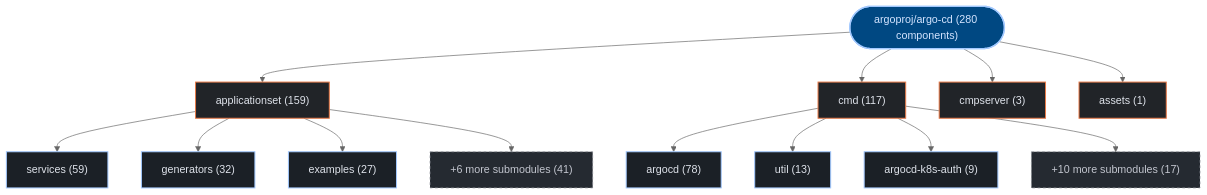
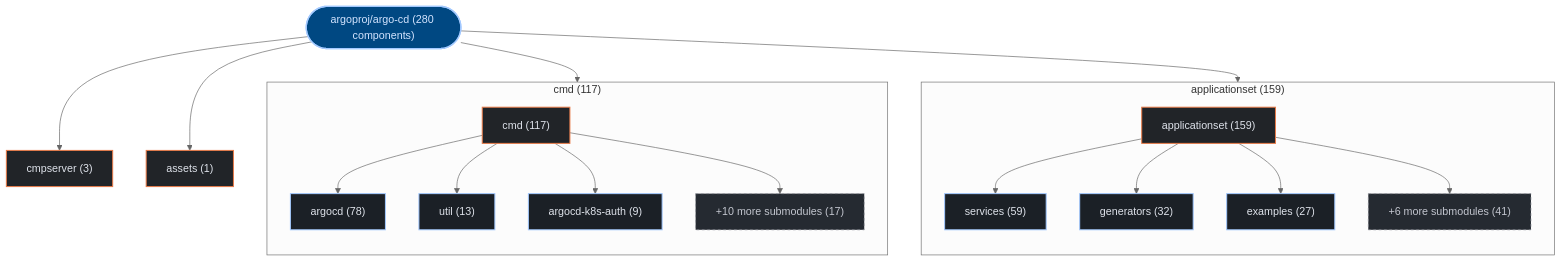
One commit to kumarshaz/atruss-code-atlas changed the first of 3 diagrams in exports/latest/reports/argoproj-argo-cd-report.md. Above: the diagram before and after it, drawn with Mermaid (neutral theme). The commit also changed 178 other files, not shown here.

Commit message:
feat(ui,mermaid): upgrade to mermaid v12 + ELK layout, add orgs-summary + pagination, subgraph building blocks, fix tab alignment

````diff
--- a/exports/latest/reports/argoproj-argo-cd-report.md
+++ b/exports/latest/reports/argoproj-argo-cd-report.md
@@ -42,35 +42,41 @@
 ```mermaid
 graph TD;
   classDef atlasRoot fill:#004882,stroke:#a3c9ff,stroke-width:2px,color:#d3e4ff
   classDef atlasCategory fill:#212428,stroke:#E87A48,stroke-width:1.5px,color:#dfe3eb
   classDef atlasWorkflow fill:#1b2026,stroke:#a3c9ff,stroke-width:1.5px,color:#dfe3eb
   classDef atlasJob fill:#171c22,stroke:#8d9199,stroke-width:1px,color:#dfe3eb
   classDef atlasTarget fill:#005227,stroke:#8bd99b,stroke-width:1.5px,color:#a7f6b6
   classDef atlasAlert fill:#93000a,stroke:#ffb4ab,stroke-width:1.5px,color:#ffdad6
   classDef atlasMore fill:#252a31,stroke:#8d9199,stroke-dasharray:4 4,color:#c3c6cf
     repo_root(["argoproj/argo-cd (280 components)"]):::atlasRoot
-    dir_0_applicationset["applicationset (159)"]:::atlasCategory
+    subgraph sg_dir_0_applicationset["applicationset (159)"]
+      direction TB
+      dir_0_applicationset["applicationset (159)"]:::atlasCategory
+      sub_0_0_services["services (59)"]:::atlasWorkflow
+      dir_0_applicationset --> sub_0_0_services
+      sub_0_1_generators["generators (32)"]:::atlasWorkflow
+      dir_0_applicationset --> sub_0_1_generators
+      sub_0_2_examples["examples (27)"]:::atlasWorkflow
+      dir_0_applicationset --> sub_0_2_examples
+      sub_0_more["+6 more submodules (41)"]:::atlasMore
+      dir_0_applicationset --> sub_0_more
+    end
     repo_root --> dir_0_applicationset
-    sub_0_0_services["services (59)"]:::atlasWorkflow
-    dir_0_applicationset --> sub_0_0_services
-    sub_0_1_generators["generators (32)"]:::atlasWorkflow
-    dir_0_applicationset --> sub_0_1_generators
-    sub_0_2_examples["examples (27)"]:::atlasWorkflow
-    dir_0_applicationset --> sub_0_2_examples
-    sub_0_more["+6 more submodules (41)"]:::atlasMore
-    dir_0_applicationset --> sub_0_more
-    dir_1_cmd["cmd (117)"]:::atlasCategory
+    subgraph sg_dir_1_cmd["cmd (117)"]
+      direction TB
+      dir_1_cmd["cmd (117)"]:::atlasCategory
+      sub_1_0_argocd["argocd (78)"]:::atlasWorkflow
+      dir_1_cmd --> sub_1_0_argocd
+      sub_1_1_util["util (13)"]:::atlasWorkflow
+      dir_1_cmd --> sub_1_1_util
+      sub_1_2_argocd_k8s_auth["argocd-k8s-auth (9)"]:::atlasWorkflow
+      dir_1_cmd --> sub_1_2_argocd_k8s_auth
+      sub_1_more["+10 more submodules (17)"]:::atlasMore
+      dir_1_cmd --> sub_1_more
+    end
     repo_root --> dir_1_cmd
-    sub_1_0_argocd["argocd (78)"]:::atlasWorkflow
-    dir_1_cmd --> sub_1_0_argocd
-    sub_1_1_util["util (13)"]:::atlasWorkflow
-    dir_1_cmd --> sub_1_1_util
-    sub_1_2_argocd_k8s_auth["argocd-k8s-auth (9)"]:::atlasWorkflow
-    dir_1_cmd --> sub_1_2_argocd_k8s_auth
-    sub_1_more["+10 more submodules (17)"]:::atlasMore
-    dir_1_cmd --> sub_1_more
     dir_2_cmpserver["cmpserver (3)"]:::atlasCategory
     repo_root --> dir_2_cmpserver
     dir_3_assets["assets (1)"]:::atlasCategory
     repo_root --> dir_3_assets
 ```
````
